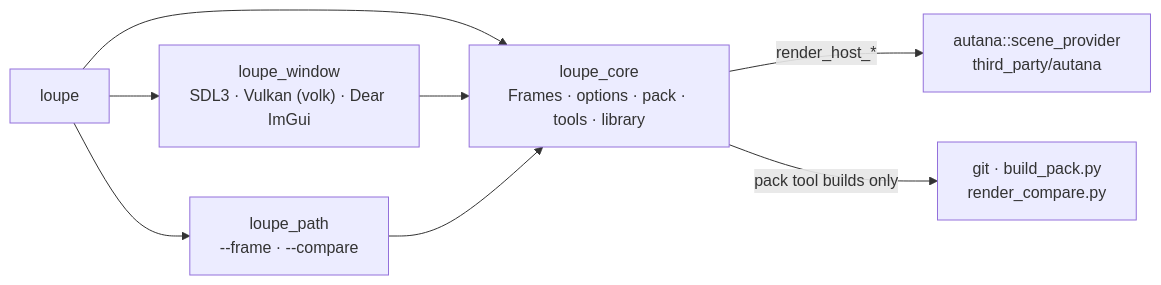
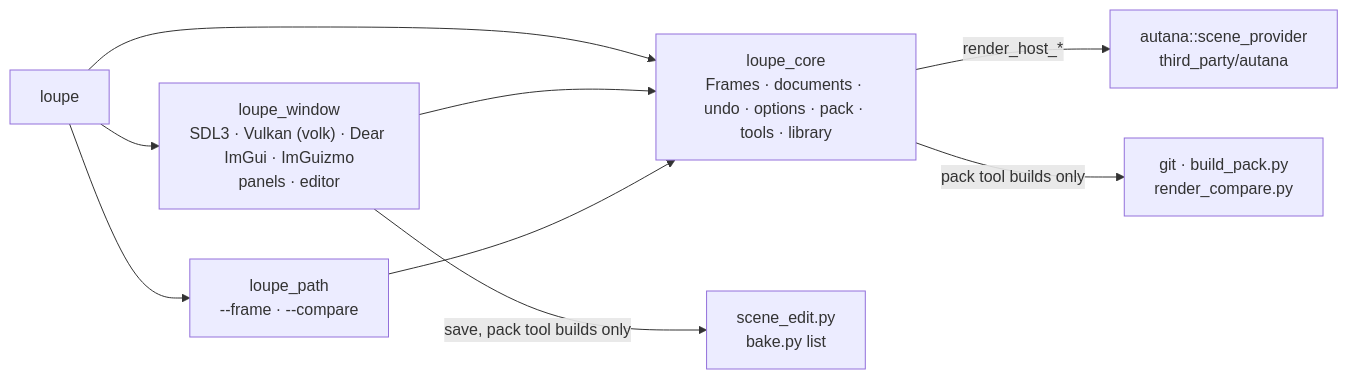
One commit to jose-villegas/loupe changed the diagram in README.md. Above: the diagram before and after it, drawn with Mermaid. The commit also changed other lines of this file and 26 other files, not shown here.

Commit message:
Editor E1: docked outliner, viewport handles, inspector and frame debugger; one undo stack; saves placements through autana's scene_edit.py (i5djy.14)

````diff
--- a/README.md
+++ b/README.md
@@ -10,11 +10,12 @@
 ```mermaid
 flowchart LR
-  cli["loupe"] --> window["loupe_window<br/>SDL3 · Vulkan (volk) · Dear ImGui"]
+  cli["loupe"] --> window["loupe_window<br/>SDL3 · Vulkan (volk) · Dear ImGui · ImGuizmo<br/>panels · editor"]
   cli --> path["loupe_path<br/>--frame · --compare"]
   cli --> core
   window --> core
   path --> core
-  core["loupe_core<br/>Frames · options · pack · tools · library"]
+  core["loupe_core<br/>Frames · documents · undo · options · pack · tools · library"]
   core -- "render_host_*" --> autana["autana::scene_provider<br/>third_party/autana"]
   core -- "pack tool builds only" --> tools["git · build_pack.py<br/>render_compare.py"]
+  window -- "save, pack tool builds only" --> edit["scene_edit.py<br/>bake.py list"]
 ```
````
